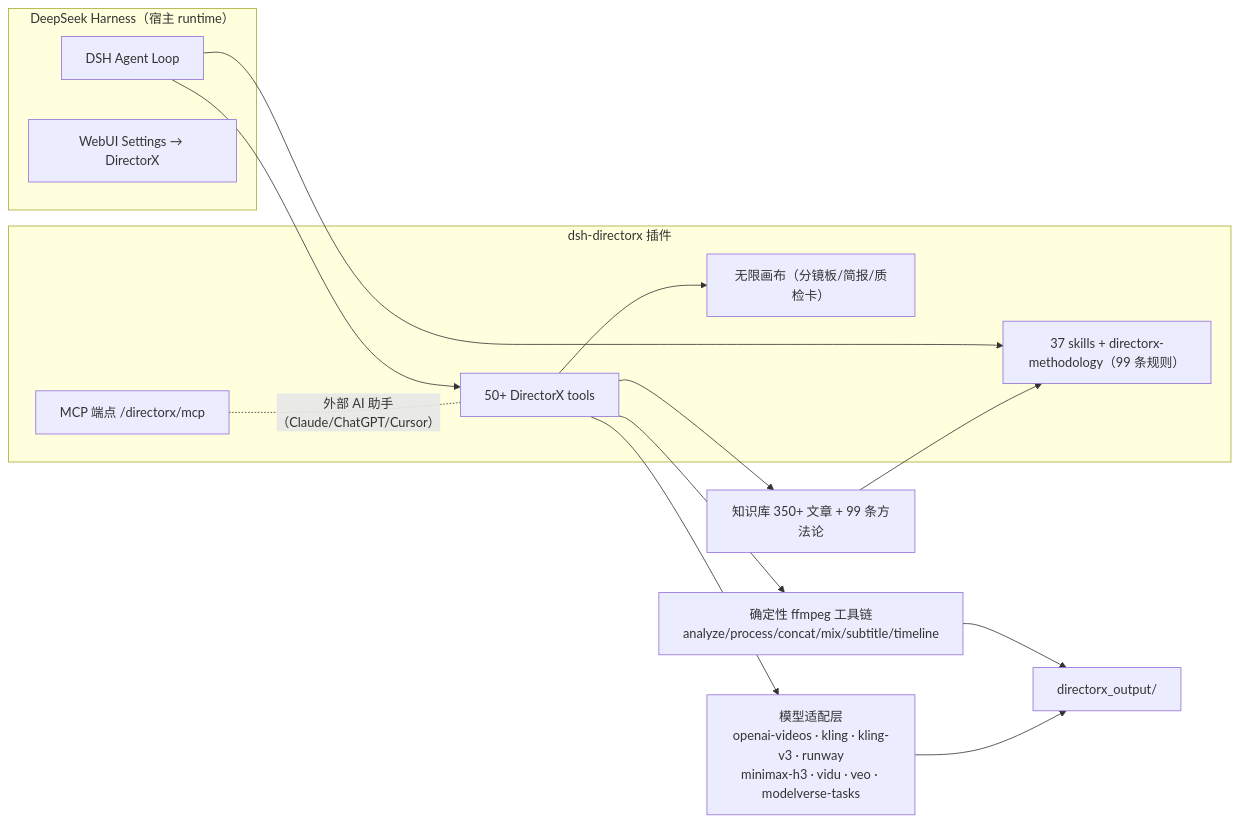
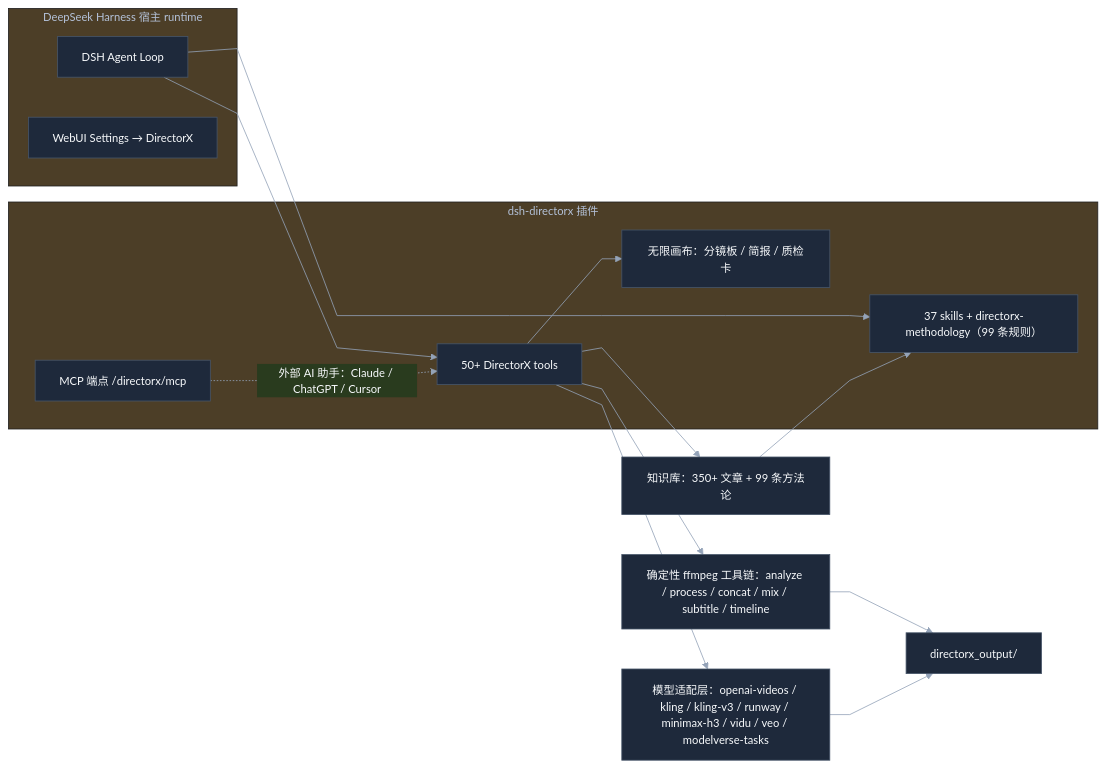
The second of 2 diagrams in README.md (LaplaceYoung/dsh-directorx), drawn with Mermaid before and after one commit. The commit also changed other lines of this file, not shown here.

First line of the commit message:
docs(readme): emoji-free rewrite with GitHub-renderable mermaid diagrams

````diff
--- a/README.md
+++ b/README.md
@@ -117,27 +105,24 @@
 ```mermaid
+%%{init: {'theme':'base', 'themeVariables': {'primaryColor':'#1e293b','primaryTextColor':'#f8fafc','primaryBorderColor':'#475569','lineColor':'#94a3b8','fontFamily':'system-ui, sans-serif','fontSize':'14px'}, 'flowchart': {'curve':'linear'}}}%%
 flowchart LR
-  subgraph DSH["DeepSeek Harness（宿主 runtime）"]
+  subgraph DSH["DeepSeek Harness 宿主 runtime"]
     LOOP["DSH Agent Loop"]
     UI["WebUI Settings → DirectorX"]
   end
-
   subgraph Plugin["dsh-directorx 插件"]
     TOOLS["50+ DirectorX tools"]
     SKILLS["37 skills + directorx-methodology（99 条规则）"]
-    CANVAS["无限画布（分镜板/简报/质检卡）"]
+    CANVAS["无限画布：分镜板 / 简报 / 质检卡"]
     MCP["MCP 端点 /directorx/mcp"]
   end
-
   LOOP --> TOOLS
   LOOP --> SKILLS
   TOOLS --> CANVAS
-  MCP -.外部 AI 助手（Claude/ChatGPT/Cursor）.- TOOLS
-
-  TOOLS --> FF["确定性 ffmpeg 工具链<br/>analyze/process/concat/mix/subtitle/timeline"]
-  TOOLS --> GEN["模型适配层<br/>openai-videos · kling · kling-v3 · runway<br/>minimax-h3 · vidu · veo · modelverse-tasks"]
-  TOOLS --> CORPUS["知识库 350+ 文章 + 99 条方法论"]
-
+  MCP -.->|外部 AI 助手：Claude / ChatGPT / Cursor| TOOLS
+  TOOLS --> FF["确定性 ffmpeg 工具链：analyze / process / concat / mix / subtitle / timeline"]
+  TOOLS --> GEN["模型适配层：openai-videos / kling / kling-v3 / runway / minimax-h3 / vidu / veo / modelverse-tasks"]
+  TOOLS --> CORPUS["知识库：350+ 文章 + 99 条方法论"]
   FF --> OUT["directorx_output/"]
   GEN --> OUT
   CORPUS --> SKILLS
 ```
````
